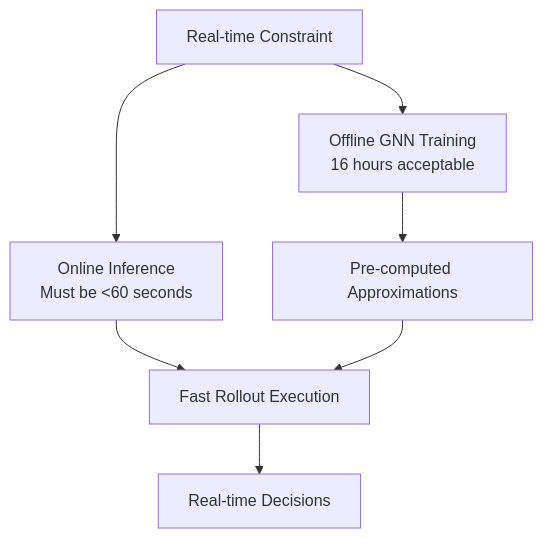
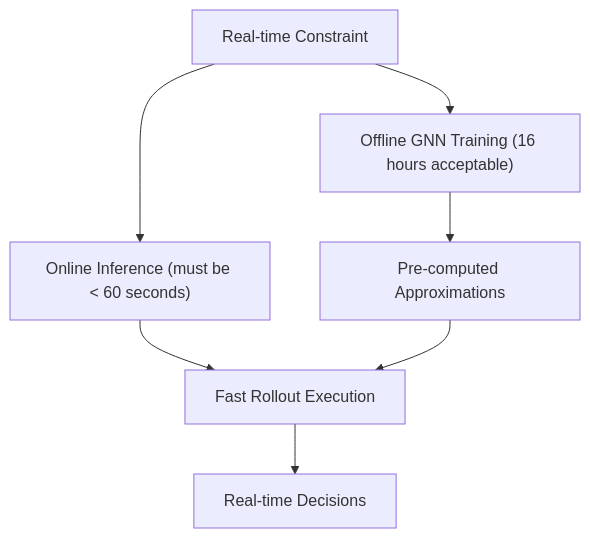
Before and after one commit to Mihir7b311/Spheron: diagram 21 of 25 in taxi_routing_presentation.md, drawn with Mermaid. The commit also changed other lines of this file, not shown here.

````diff
--- a/taxi_routing_presentation.md
+++ b/taxi_routing_presentation.md
@@ -630,9 +630,9 @@
 ```mermaid
 graph TD
-    A[Real-time Constraint] --> B[Offline GNN Training<br/>16 hours acceptable]
-    A --> C[Online Inference<br/>Must be <60 seconds]
-    B --> D[Pre-computed Approximations]
-    C --> E[Fast Rollout Execution]
+    A["Real-time Constraint"] --> B["Offline GNN Training (16 hours acceptable)"]
+    A --> C["Online Inference (must be < 60 seconds)"]
+    B --> D["Pre-computed Approximations"]
+    C --> E["Fast Rollout Execution"]
     D --> E
-    E --> F[Real-time Decisions]
+    E --> F["Real-time Decisions"]
 ```
````
